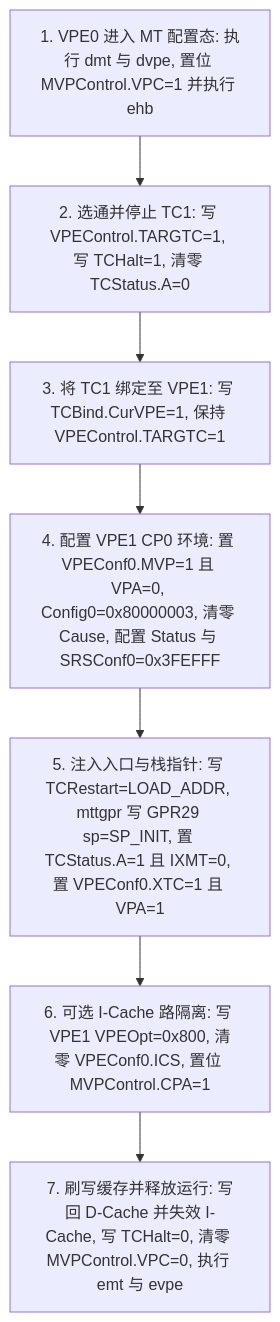
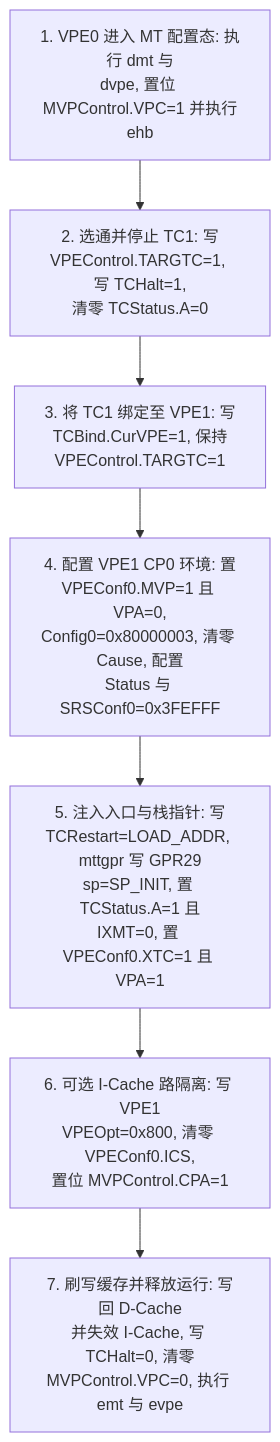
Before and after one commit to difanz/lantiq-falcon-s-docs: the diagram in 03_cpu_subsystems/02_vpe1_sfp_i2c.md, drawn with Mermaid. The commit also changed 33 other files, not shown here.

Commit message:
Improve diagram readability and adopt the Material theme

````diff
--- a/03_cpu_subsystems/02_vpe1_sfp_i2c.md
+++ b/03_cpu_subsystems/02_vpe1_sfp_i2c.md
@@ -60,12 +60,12 @@
 ```mermaid
 flowchart TD
-    S1["1. VPE0 进入 MT 配置态: 执行 dmt 与 dvpe, 置位 MVPControl.VPC=1 并执行 ehb"]
-    S2["2. 选通并停止 TC1: 写 VPEControl.TARGTC=1, 写 TCHalt=1, 清零 TCStatus.A=0"]
-    S3["3. 将 TC1 绑定至 VPE1: 写 TCBind.CurVPE=1, 保持 VPEControl.TARGTC=1"]
-    S4["4. 配置 VPE1 CP0 环境: 置 VPEConf0.MVP=1 且 VPA=0, Config0=0x80000003, 清零 Cause, 配置 Status 与 SRSConf0=0x3FEFFF"]
-    S5["5. 注入入口与栈指针: 写 TCRestart=LOAD_ADDR, mttgpr 写 GPR29 sp=SP_INIT, 置 TCStatus.A=1 且 IXMT=0, 置 VPEConf0.XTC=1 且 VPA=1"]
-    S6["6. 可选 I-Cache 路隔离: 写 VPE1 VPEOpt=0x800, 清零 VPEConf0.ICS, 置位 MVPControl.CPA=1"]
-    S7["7. 刷写缓存并释放运行: 写回 D-Cache 并失效 I-Cache, 写 TCHalt=0, 清零 MVPControl.VPC=0, 执行 emt 与 evpe"]
+    S1["1. VPE0 进入 MT 配置态: 执行 dmt 与<br/>dvpe, 置位 MVPControl.VPC=1 并执行<br/>ehb"]
+    S2["2. 选通并停止 TC1: 写<br/>VPEControl.TARGTC=1, 写 TCHalt=1,<br/>清零 TCStatus.A=0"]
+    S3["3. 将 TC1 绑定至 VPE1: 写<br/>TCBind.CurVPE=1, 保持<br/>VPEControl.TARGTC=1"]
+    S4["4. 配置 VPE1 CP0 环境: 置<br/>VPEConf0.MVP=1 且 VPA=0,<br/>Config0=0x80000003, 清零 Cause, 配置<br/>Status 与 SRSConf0=0x3FEFFF"]
+    S5["5. 注入入口与栈指针: 写<br/>TCRestart=LOAD_ADDR, mttgpr 写 GPR29<br/>sp=SP_INIT, 置 TCStatus.A=1 且<br/>IXMT=0, 置 VPEConf0.XTC=1 且 VPA=1"]
+    S6["6. 可选 I-Cache 路隔离: 写 VPE1<br/>VPEOpt=0x800, 清零 VPEConf0.ICS,<br/>置位 MVPControl.CPA=1"]
+    S7["7. 刷写缓存并释放运行: 写回 D-Cache<br/>并失效 I-Cache, 写 TCHalt=0, 清零<br/>MVPControl.VPC=0, 执行 emt 与 evpe"]
 
     S1 --> S2 --> S3 --> S4 --> S5 --> S6 --> S7
 ```
````
